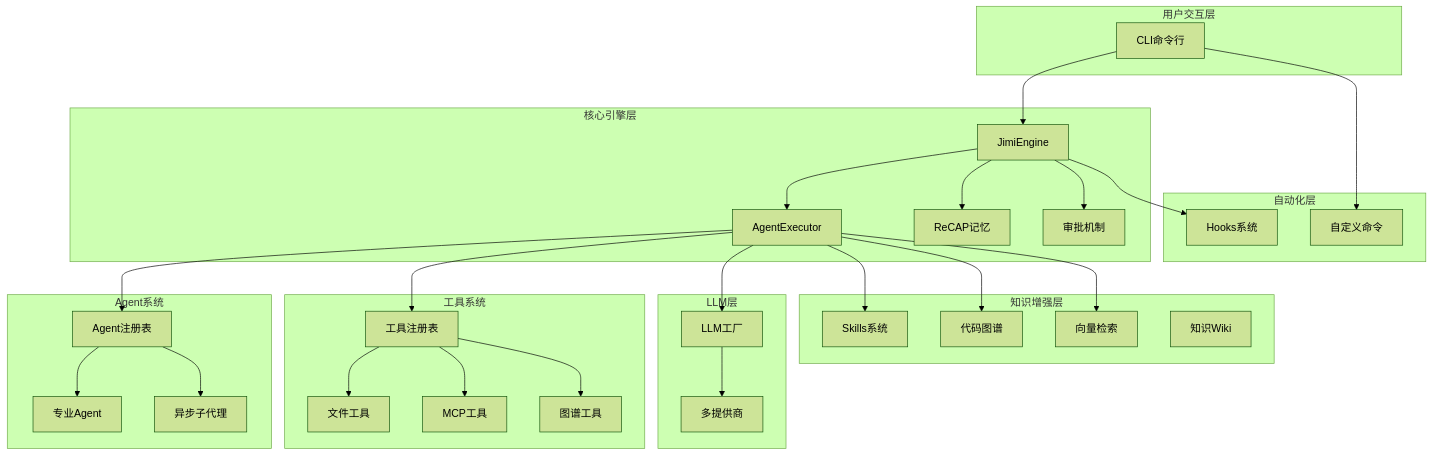
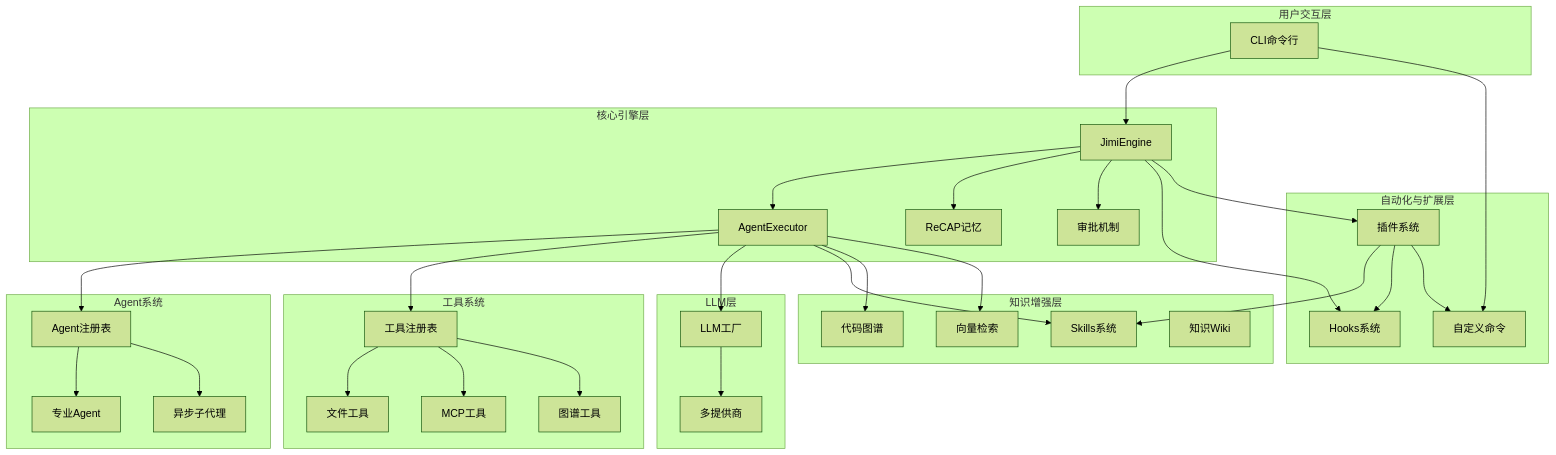
The diagram in README.md (Leavesfly/Jimi), drawn with Mermaid (forest theme) before and after one commit. The commit also changed other lines of this file, not shown here.

````diff
--- a/README.md
+++ b/README.md
@@ -186,62 +222,67 @@
 ```mermaid
 graph TB
     subgraph 用户交互层
         CLI[CLI命令行]
     end
     
     subgraph 核心引擎层
         Engine[JimiEngine]
         Executor[AgentExecutor]
         Memory[ReCAP记忆]
         Approval[审批机制]
     end
     
     subgraph Agent系统
         AgentRegistry[Agent注册表]
         MultiAgents[专业Agent]
         AsyncMgr[异步子代理]
     end
     
     subgraph 知识增强层
         Skills[Skills系统]
         Graph[代码图谱]
         RAG[向量检索]
         Wiki[知识Wiki]
     end
     
-    subgraph 自动化层
+    subgraph 自动化与扩展层
         Hooks[Hooks系统]
         Commands[自定义命令]
+        Plugins[插件系统]
     end
     
     subgraph 工具系统
         ToolRegistry[工具注册表]
         FileTools[文件工具]
         MCPTools[MCP工具]
         GraphTools[图谱工具]
     end
     
     subgraph LLM层
         LLMFactory[LLM工厂]
         Providers[多提供商]
     end
     
     CLI --> Engine
     Engine --> Executor
     Engine --> Memory
     Engine --> Approval
     Executor --> AgentRegistry
     Executor --> ToolRegistry
     Executor --> LLMFactory
     AgentRegistry --> MultiAgents
     AgentRegistry --> AsyncMgr
     Executor --> Skills
     Executor --> Graph
     Executor --> RAG
     Engine --> Hooks
     CLI --> Commands
+    Engine --> Plugins
+    Plugins --> Skills
+    Plugins --> Hooks
+    Plugins --> Commands
     ToolRegistry --> FileTools
     ToolRegistry --> MCPTools
     ToolRegistry --> GraphTools
     LLMFactory --> Providers
 ```
````
